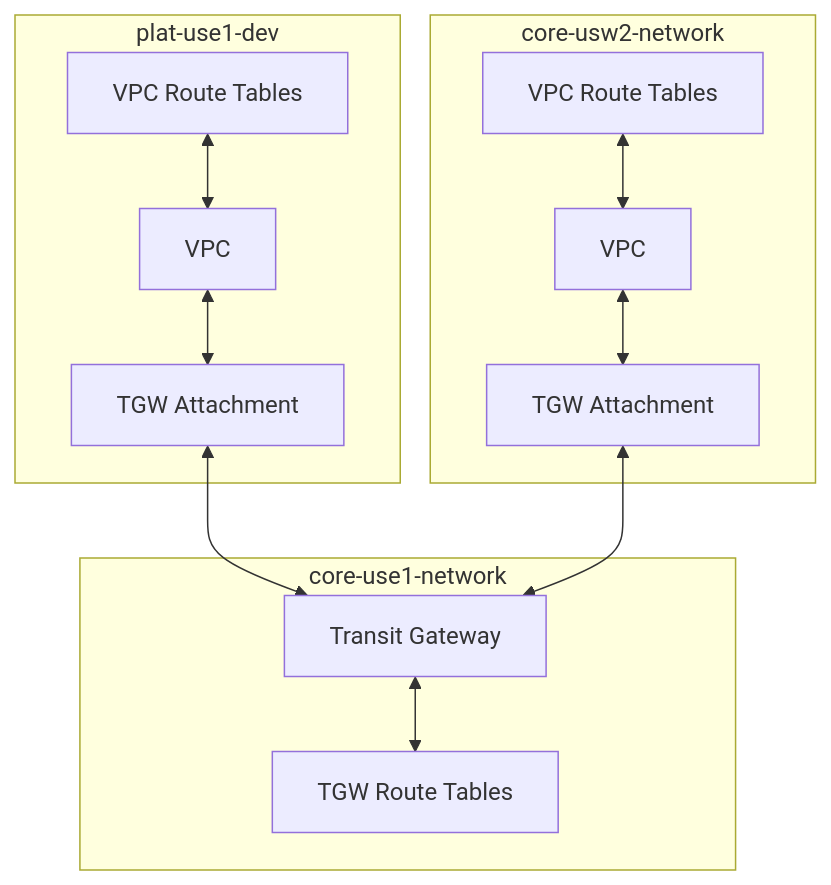
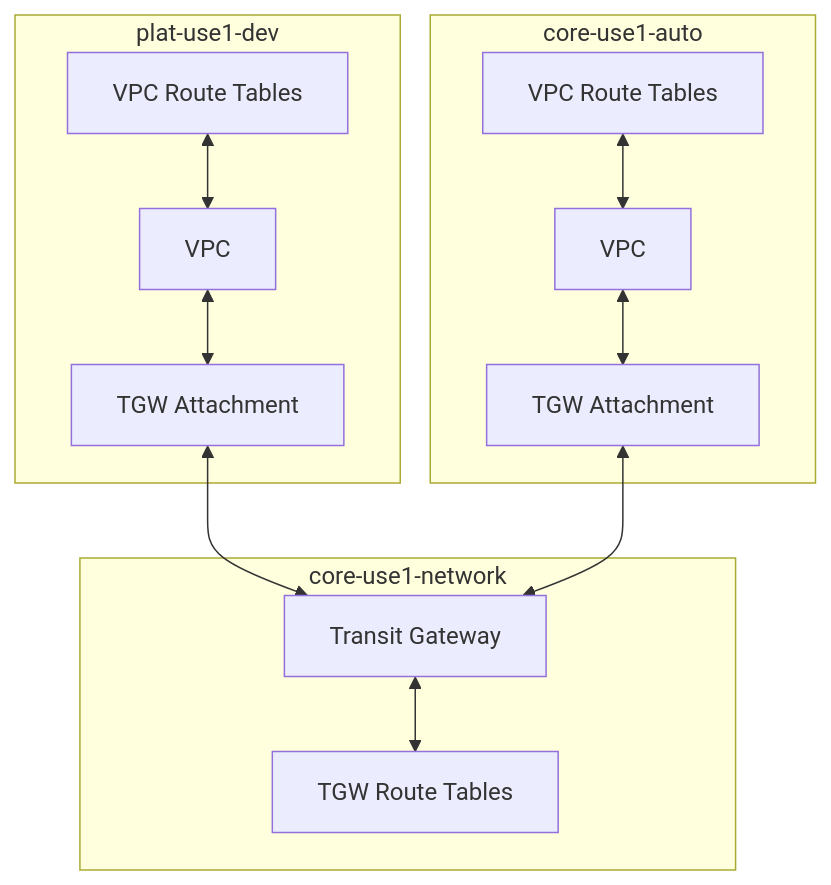
One commit to cloudposse-terraform-components/aws-tgw-hub changed the diagram in README.md. Above: the diagram before and after it, drawn with Mermaid. The commit also changed 1 other file, not shown here.

````diff
--- a/README.md
+++ b/README.md
@@ -145,27 +145,27 @@
 ```mermaid
 graph TD
     subgraph core-use1-network
         TGW[Transit Gateway]
         TGW_RT[TGW Route Tables]
     end
 
     subgraph plat-use1-dev
         VPC1[VPC]
         VPC1_RT[VPC Route Tables]
         ATT1[TGW Attachment]
     end
 
-    subgraph core-usw2-network
+    subgraph core-use1-auto
         VPC2[VPC]
         VPC2_RT[VPC Route Tables]
         ATT2[TGW Attachment]
     end
 
     ATT1 <--> TGW
     ATT2 <--> TGW
     TGW <--> TGW_RT
     VPC1_RT <--> VPC1
     VPC2_RT <--> VPC2
     VPC1 <--> ATT1
     VPC2 <--> ATT2
 ```
````
